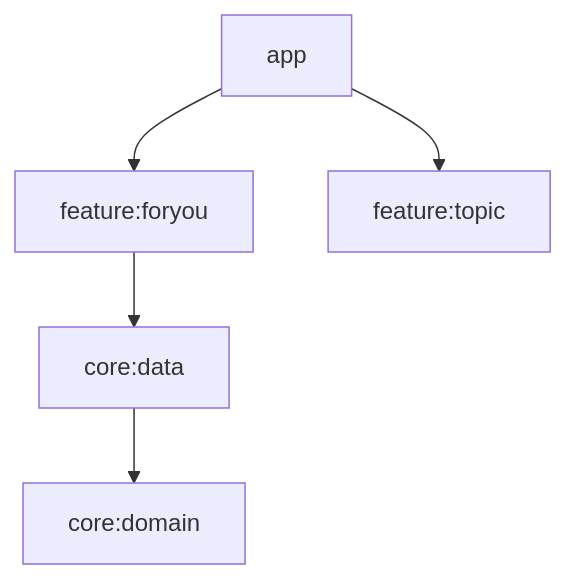
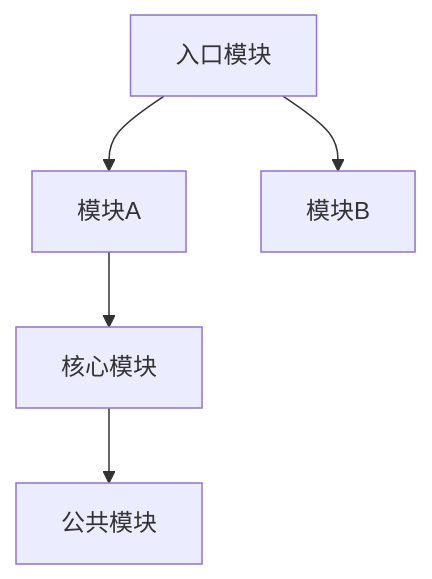
Before and after one commit to CaostGrace/project-arch-reverse: the first of 8 diagrams in references/mermaid-spec.md, drawn with Mermaid. The commit also changed other lines of this file and 11 other files, not shown here.

Commit message:
feat: 为全部平台模板补充主要业务流程图章节，新增3072行代码示例，覆盖flutter/harmonyos/ios/java-backend/nodejs/react/vue七个平台，含Mermaid流程图、时序图、分层架构流程及业务流程汇总表

````diff
--- a/references/mermaid-spec.md
+++ b/references/mermaid-spec.md
@@ -19,7 +21,7 @@
 ```mermaid
 flowchart TD
-    App[app] --> FeatureA[feature:foryou]
-    App --> FeatureB[feature:topic]
-    FeatureA --> Core[core:data]
-    Core --> Domain[core:domain]
+    Entry[入口模块] --> ModuleA[模块A]
+    Entry --> ModuleB[模块B]
+    ModuleA --> Core[核心模块]
+    Core --> Common[公共模块]
 ```
````
